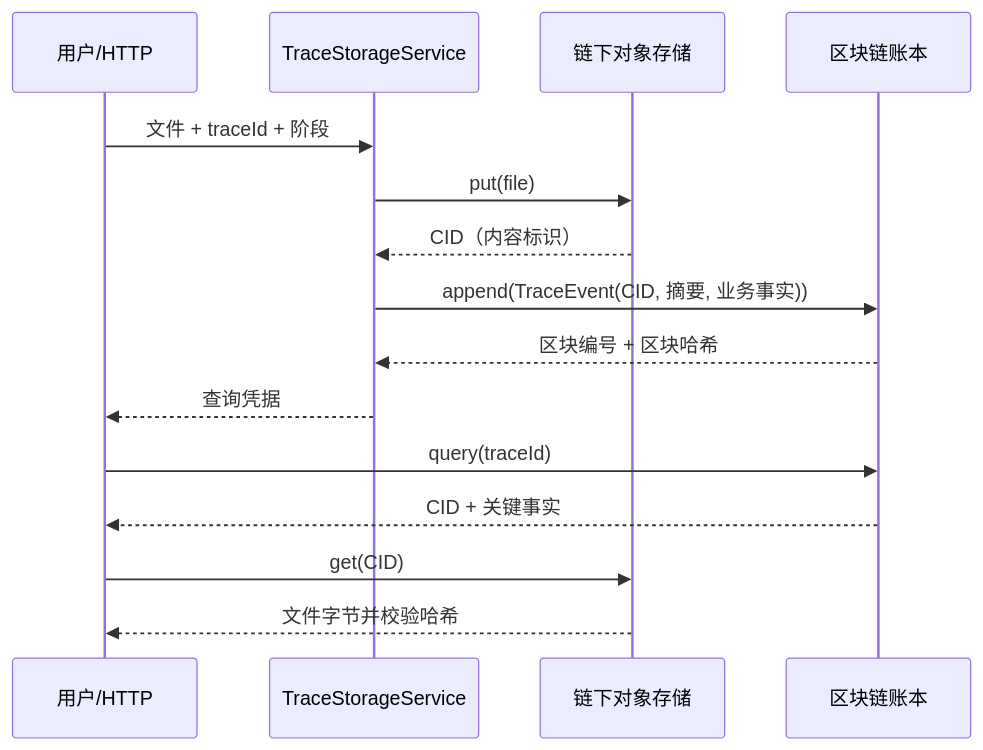
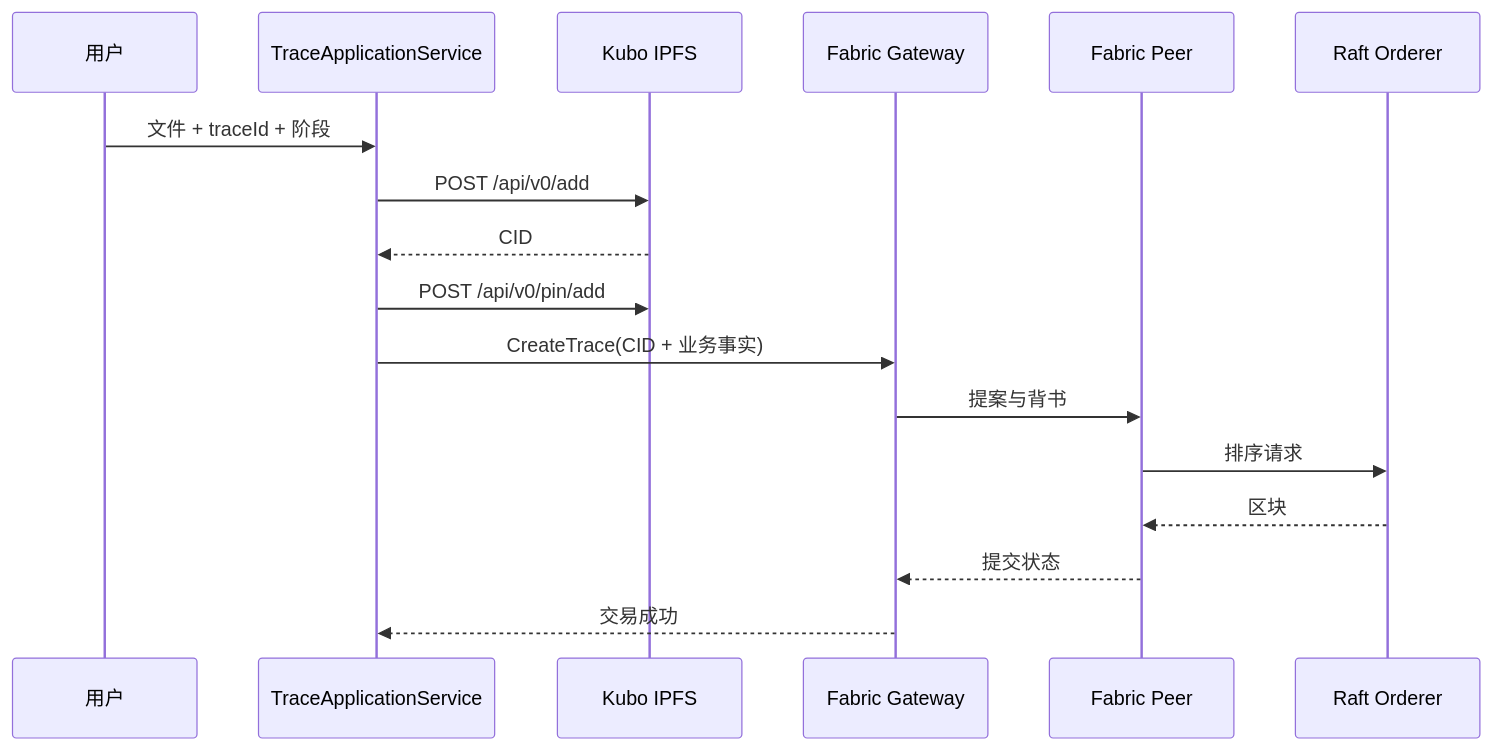
The diagram in docs/04-learning-guide.md (Keep-Passionate/blockchain-storage-lab), drawn with Mermaid before and after one commit. The commit also changed other lines of this file and 50 other files, not shown here.

Commit message:
Switch main path to IPFS and Fabric

````diff
--- a/docs/04-learning-guide.md
+++ b/docs/04-learning-guide.md
@@ -7,17 +7,19 @@
 ```mermaid
 sequenceDiagram
-    participant U as 用户/HTTP
-    participant S as TraceStorageService
-    participant O as 链下对象存储
-    participant L as 区块链账本
+    participant U as 用户
+    participant S as TraceApplicationService
+    participant I as Kubo IPFS
+    participant G as Fabric Gateway
+    participant P as Fabric Peer
+    participant O as Raft Orderer
     U->>S: 文件 + traceId + 阶段
-    S->>O: put(file)
-    O-->>S: CID（内容标识）
-    S->>L: append(TraceEvent(CID, 摘要, 业务事实))
-    L-->>S: 区块编号 + 区块哈希
-    S-->>U: 查询凭据
-    U->>L: query(traceId)
-    L-->>U: CID + 关键事实
-    U->>O: get(CID)
-    O-->>U: 文件字节并校验哈希
+    S->>I: POST /api/v0/add
+    I-->>S: CID
+    S->>I: POST /api/v0/pin/add
+    S->>G: CreateTrace(CID + 业务事实)
+    G->>P: 提案与背书
+    P->>O: 排序请求
+    O-->>P: 区块
+    P-->>G: 提交状态
+    G-->>S: 交易成功
 ```
````
